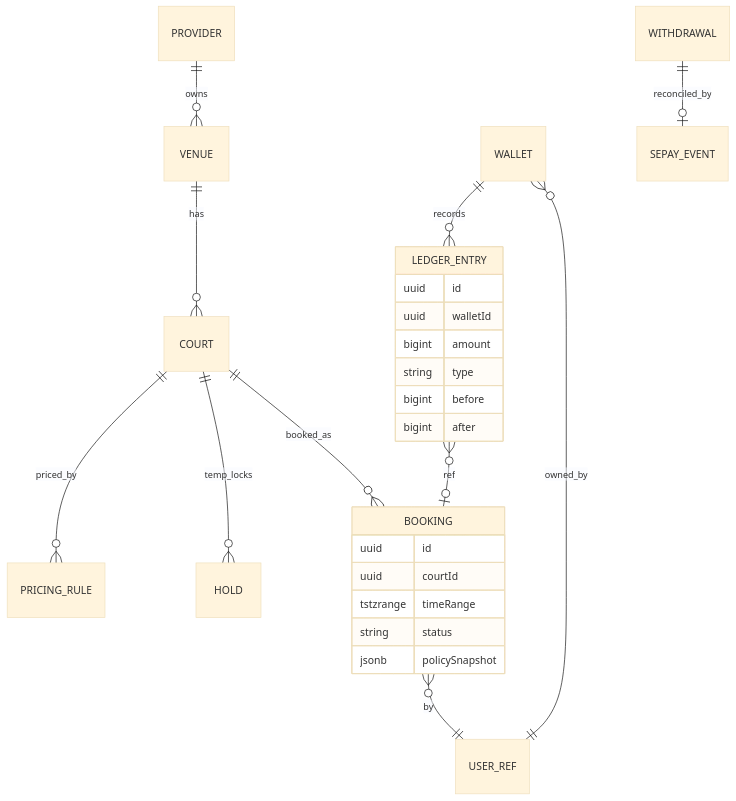
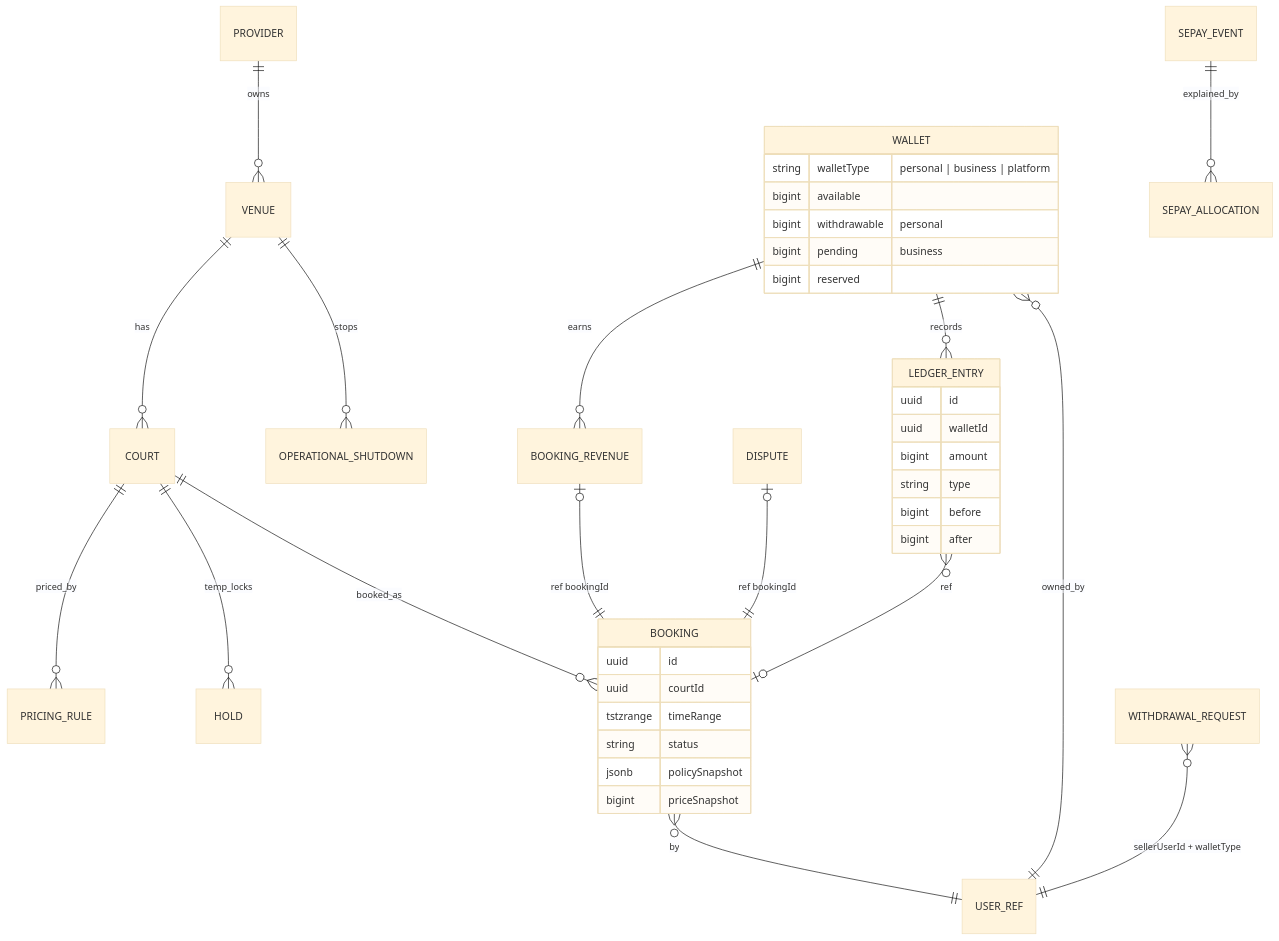
Before and after one commit to t-anh1007/Badminton-Platform: the ninth of 10 diagrams in README.md, drawn with Mermaid (base theme). The commit also changed other lines of this file and 1 other file, not shown here.

````diff
--- a/README.md
+++ b/README.md
@@ -441,30 +604,43 @@
 ```mermaid
 erDiagram
     PROVIDER ||--o{ VENUE : owns
     VENUE ||--o{ COURT : has
     COURT ||--o{ PRICING_RULE : priced_by
     COURT ||--o{ HOLD : temp_locks
     COURT ||--o{ BOOKING : booked_as
+    VENUE ||--o{ OPERATIONAL_SHUTDOWN : stops
     BOOKING }o--|| USER_REF : by
 
     WALLET ||--o{ LEDGER_ENTRY : records
     WALLET }o--|| USER_REF : owned_by
-    WITHDRAWAL ||--o| SEPAY_EVENT : reconciled_by
+    WALLET ||--o{ BOOKING_REVENUE : earns
+    BOOKING_REVENUE |o--|| BOOKING : "ref bookingId"
+    DISPUTE |o--|| BOOKING : "ref bookingId"
+    WITHDRAWAL_REQUEST }o--|| USER_REF : "sellerUserId + walletType"
+    SEPAY_EVENT ||--o{ SEPAY_ALLOCATION : explained_by
     LEDGER_ENTRY }o--o| BOOKING : ref
 
     BOOKING {
         uuid id
         uuid courtId
         tstzrange timeRange
         string status
         jsonb policySnapshot
+        bigint priceSnapshot
+    }
+    WALLET {
+        string walletType "personal | business | platform"
+        bigint available
+        bigint withdrawable "personal"
+        bigint pending "business"
+        bigint reserved
     }
     LEDGER_ENTRY {
         uuid id
         uuid walletId
         bigint amount
         string type
         bigint before
         bigint after
     }
 ```
````
